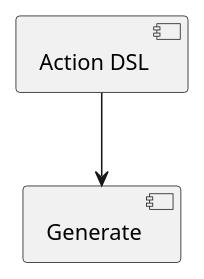
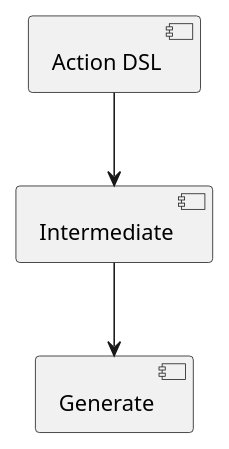
The diagram in designdocs/dslToSourceCode.puml (ThomasKrieger/agentelf), drawn with PlantUML before and after one commit. The commit also changed 22 other files, not shown here.

```diff
--- a/designdocs/dslToSourceCode.puml
+++ b/designdocs/dslToSourceCode.puml
@@ -1,9 +1,9 @@
 @startuml
 'https://plantuml.com/component-diagram
 
 
-[Action DSL] -->  [Generate]
-
+[Action DSL] -->  [Intermediate]
+[Intermediate] -->  [Generate]
 
 
 @enduml
```
